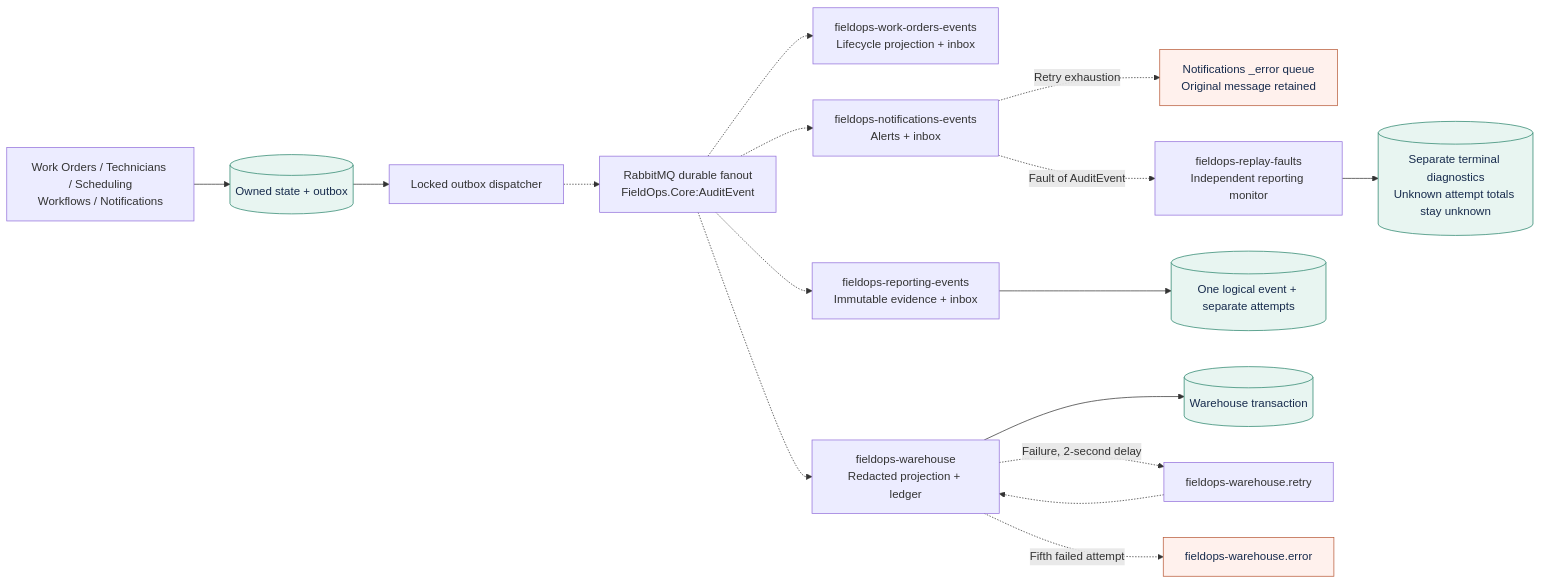
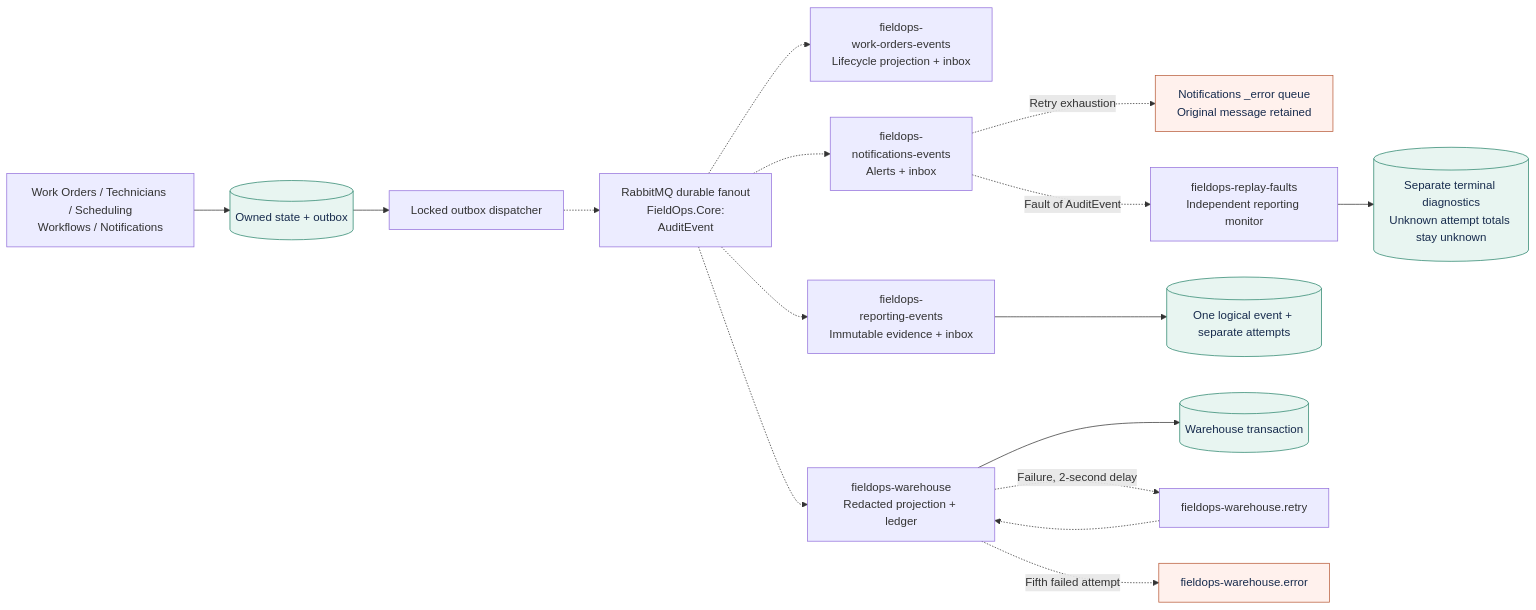
Before and after one commit to tousif-anwar/fieldops3600: the diagram in docs/presentation/diagrams/07-event-driven-communication.mmd, drawn with Mermaid. The commit also changed 106 other files, not shown here.

```diff
--- a/docs/presentation/diagrams/07-event-driven-communication.mmd
+++ b/docs/presentation/diagrams/07-event-driven-communication.mmd
@@ -1,21 +1,21 @@
 %% MassTransit business topology and independent Python warehouse consumer.
 flowchart LR
   Producers["Work Orders / Technicians / Scheduling<br/>Workflows / Notifications"] --> Tx[("Owned state + outbox")]
   Tx --> Dispatcher["Locked outbox dispatcher"]
-  Dispatcher -.-> Exchange["RabbitMQ durable fanout<br/>FieldOps.Core:AuditEvent"]
-  Exchange -.-> OrdersQ["fieldops-work-orders-events<br/>Lifecycle projection + inbox"]
-  Exchange -.-> NoticesQ["fieldops-notifications-events<br/>Alerts + inbox"]
-  Exchange -.-> ReplayQ["fieldops-reporting-events<br/>Immutable evidence + inbox"]
+  Dispatcher -.-> Exchange["RabbitMQ durable fanout<br/>FieldOps.Core:<br/>AuditEvent"]
+  Exchange -.-> OrdersQ["fieldops-<br/>work-orders-events<br/>Lifecycle projection + inbox"]
+  Exchange -.-> NoticesQ["fieldops-<br/>notifications-events<br/>Alerts + inbox"]
+  Exchange -.-> ReplayQ["fieldops-<br/>reporting-events<br/>Immutable evidence + inbox"]
   Exchange -.-> WarehouseQ["fieldops-warehouse<br/>Redacted projection + ledger"]
   NoticesQ -.->|"Retry exhaustion"| ErrorQ["Notifications _error queue<br/>Original message retained"]
   NoticesQ -.->|"Fault of AuditEvent"| FaultQ["fieldops-replay-faults<br/>Independent reporting monitor"]
   FaultQ --> Diagnostic[("Separate terminal diagnostics<br/>Unknown attempt totals stay unknown")]
   ReplayQ --> Evidence[("One logical event + separate attempts")]
   WarehouseQ --> Warehouse[("Warehouse transaction")]
   WarehouseQ -.->|"Failure, 2-second delay"| RetryQ["fieldops-warehouse.retry"]
   RetryQ -.-> WarehouseQ
   WarehouseQ -.->|"Fifth failed attempt"| WarehouseError["fieldops-warehouse.error"]
   classDef durable fill:#E8F5F1,stroke:#27836B,color:#172B4D
   classDef error fill:#FFF1ED,stroke:#B85A38,color:#172B4D
   class Tx,Evidence,Diagnostic,Warehouse durable
   class ErrorQ,WarehouseError error
```
